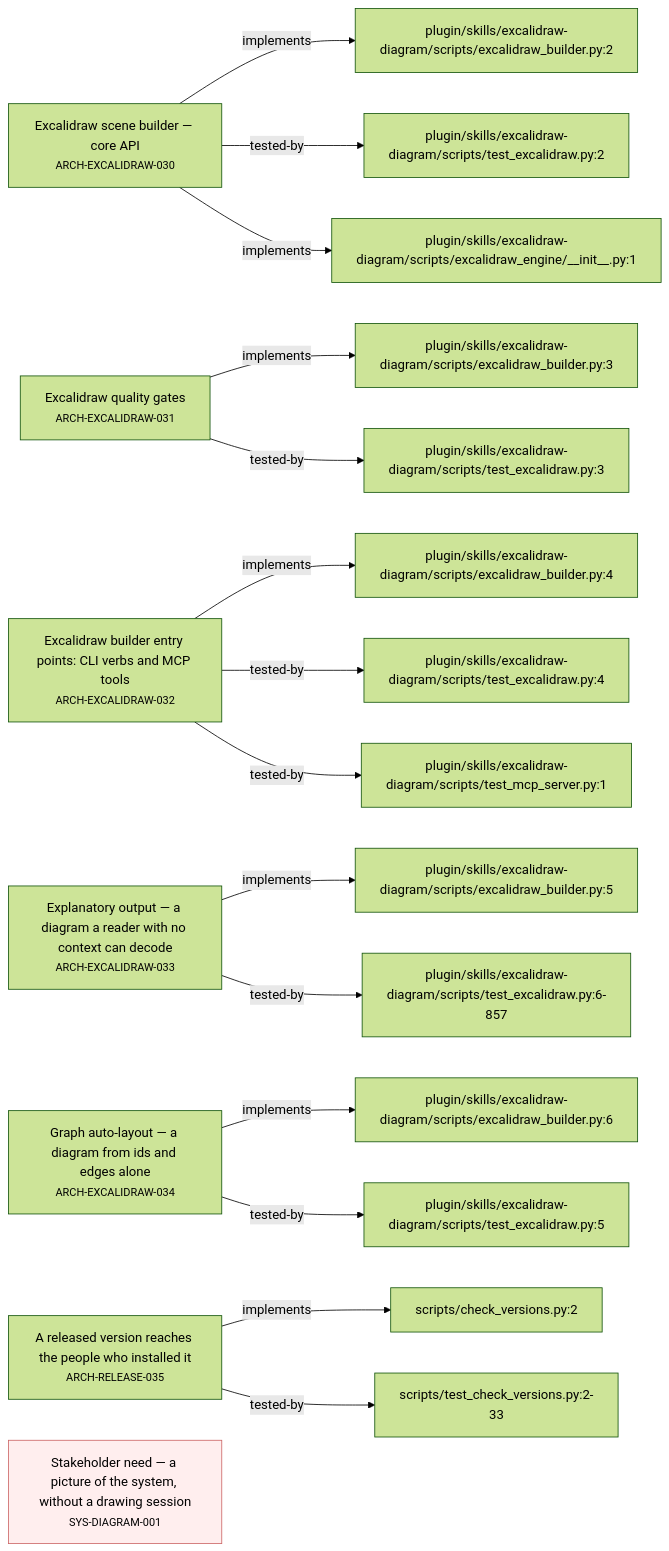
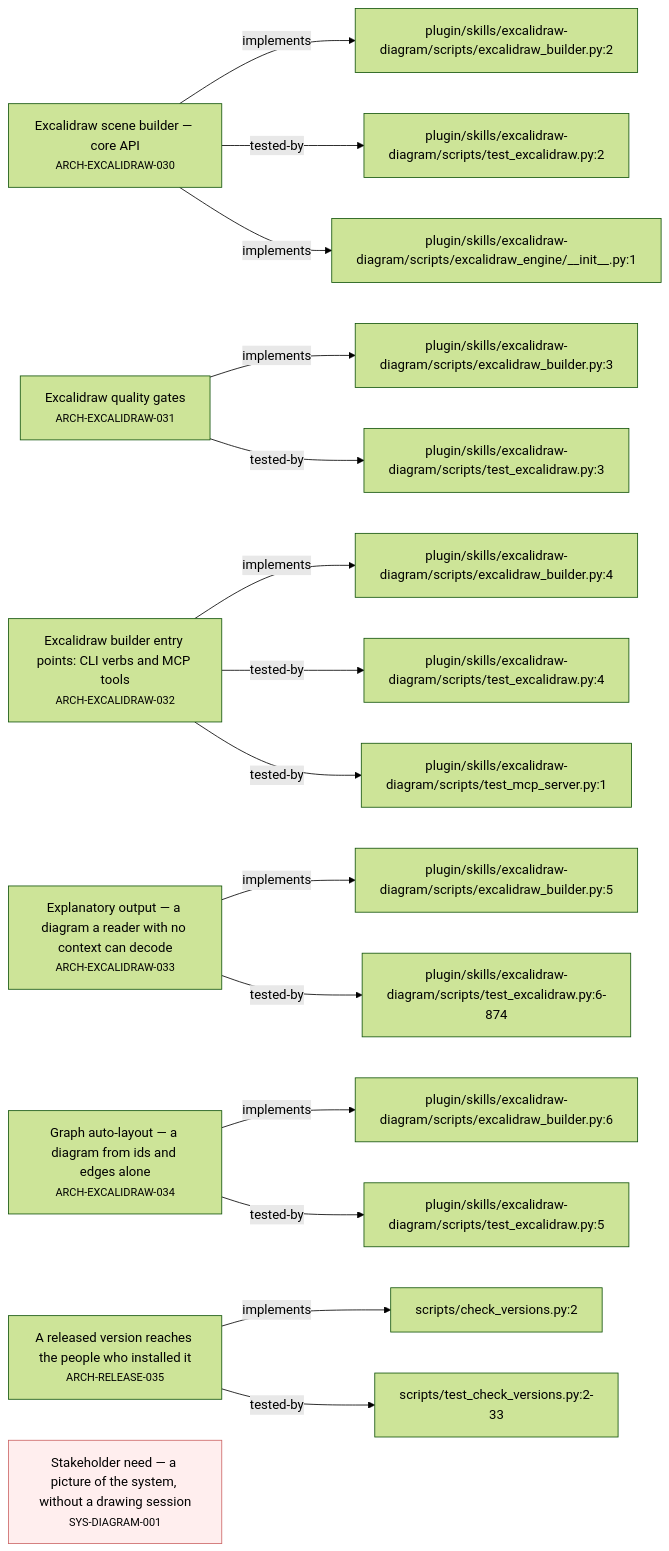
One commit to alxmax/excalidraw-diagram changed the second of 4 diagrams in requirements/_map.md. Above: the diagram before and after it, drawn with Mermaid (forest theme). The commit also changed other lines of this file and 19 other files, not shown here.

````diff
--- a/requirements/_map.md
+++ b/requirements/_map.md
@@ -53,39 +53,39 @@
 ```mermaid
 graph LR
   ARCH_EXCALIDRAW_030["Excalidraw scene builder — core API<br><small>ARCH-EXCALIDRAW-030</small>"]
   f_plugin_skills_excalidraw_diagram_scripts_excalidraw_builder_py_2["plugin/skills/excalidraw-diagram/scripts/excalidraw_builder.py:2"]
   ARCH_EXCALIDRAW_030 -->|implements| f_plugin_skills_excalidraw_diagram_scripts_excalidraw_builder_py_2
   f_plugin_skills_excalidraw_diagram_scripts_test_excalidraw_py_2["plugin/skills/excalidraw-diagram/scripts/test_excalidraw.py:2"]
   ARCH_EXCALIDRAW_030 -->|tested-by| f_plugin_skills_excalidraw_diagram_scripts_test_excalidraw_py_2
   f_plugin_skills_excalidraw_diagram_scripts_excalidraw_engine___init___py_1["plugin/skills/excalidraw-diagram/scripts/excalidraw_engine/__init__.py:1"]
   ARCH_EXCALIDRAW_030 -->|implements| f_plugin_skills_excalidraw_diagram_scripts_excalidraw_engine___init___py_1
   ARCH_EXCALIDRAW_031["Excalidraw quality gates<br><small>ARCH-EXCALIDRAW-031</small>"]
   f_plugin_skills_excalidraw_diagram_scripts_excalidraw_builder_py_3["plugin/skills/excalidraw-diagram/scripts/excalidraw_builder.py:3"]
   ARCH_EXCALIDRAW_031 -->|implements| f_plugin_skills_excalidraw_diagram_scripts_excalidraw_builder_py_3
   f_plugin_skills_excalidraw_diagram_scripts_test_excalidraw_py_3["plugin/skills/excalidraw-diagram/scripts/test_excalidraw.py:3"]
   ARCH_EXCALIDRAW_031 -->|tested-by| f_plugin_skills_excalidraw_diagram_scripts_test_excalidraw_py_3
   ARCH_EXCALIDRAW_032["Excalidraw builder entry points: CLI verbs and MCP tools<br><small>ARCH-EXCALIDRAW-032</small>"]
   f_plugin_skills_excalidraw_diagram_scripts_excalidraw_builder_py_4["plugin/skills/excalidraw-diagram/scripts/excalidraw_builder.py:4"]
   ARCH_EXCALIDRAW_032 -->|implements| f_plugin_skills_excalidraw_diagram_scripts_excalidraw_builder_py_4
   f_plugin_skills_excalidraw_diagram_scripts_test_excalidraw_py_4["plugin/skills/excalidraw-diagram/scripts/test_excalidraw.py:4"]
   ARCH_EXCALIDRAW_032 -->|tested-by| f_plugin_skills_excalidraw_diagram_scripts_test_excalidraw_py_4
   f_plugin_skills_excalidraw_diagram_scripts_test_mcp_server_py_1["plugin/skills/excalidraw-diagram/scripts/test_mcp_server.py:1"]
   ARCH_EXCALIDRAW_032 -->|tested-by| f_plugin_skills_excalidraw_diagram_scripts_test_mcp_server_py_1
   ARCH_EXCALIDRAW_033["Explanatory output — a diagram a reader with no context can decode<br><small>ARCH-EXCALIDRAW-033</small>"]
   f_plugin_skills_excalidraw_diagram_scripts_excalidraw_builder_py_5["plugin/skills/excalidraw-diagram/scripts/excalidraw_builder.py:5"]
   ARCH_EXCALIDRAW_033 -->|implements| f_plugin_skills_excalidraw_diagram_scripts_excalidraw_builder_py_5
-  f_plugin_skills_excalidraw_diagram_scripts_test_excalidraw_py_6_857["plugin/skills/excalidraw-diagram/scripts/test_excalidraw.py:6-857"]
-  ARCH_EXCALIDRAW_033 -->|tested-by| f_plugin_skills_excalidraw_diagram_scripts_test_excalidraw_py_6_857
+  f_plugin_skills_excalidraw_diagram_scripts_test_excalidraw_py_6_874["plugin/skills/excalidraw-diagram/scripts/test_excalidraw.py:6-874"]
+  ARCH_EXCALIDRAW_033 -->|tested-by| f_plugin_skills_excalidraw_diagram_scripts_test_excalidraw_py_6_874
   ARCH_EXCALIDRAW_034["Graph auto-layout — a diagram from ids and edges alone<br><small>ARCH-EXCALIDRAW-034</small>"]
   f_plugin_skills_excalidraw_diagram_scripts_excalidraw_builder_py_6["plugin/skills/excalidraw-diagram/scripts/excalidraw_builder.py:6"]
   ARCH_EXCALIDRAW_034 -->|implements| f_plugin_skills_excalidraw_diagram_scripts_excalidraw_builder_py_6
   f_plugin_skills_excalidraw_diagram_scripts_test_excalidraw_py_5["plugin/skills/excalidraw-diagram/scripts/test_excalidraw.py:5"]
   ARCH_EXCALIDRAW_034 -->|tested-by| f_plugin_skills_excalidraw_diagram_scripts_test_excalidraw_py_5
   ARCH_RELEASE_035["A released version reaches the people who installed it<br><small>ARCH-RELEASE-035</small>"]
   f_scripts_check_versions_py_2["scripts/check_versions.py:2"]
   ARCH_RELEASE_035 -->|implements| f_scripts_check_versions_py_2
   f_scripts_test_check_versions_py_2_33["scripts/test_check_versions.py:2-33"]
   ARCH_RELEASE_035 -->|tested-by| f_scripts_test_check_versions_py_2_33
   SYS_DIAGRAM_001["Stakeholder need — a picture of the system, without a drawing session<br><small>SYS-DIAGRAM-001</small>"]
   style SYS_DIAGRAM_001 fill:#fee,stroke:#c66
 ```
````
